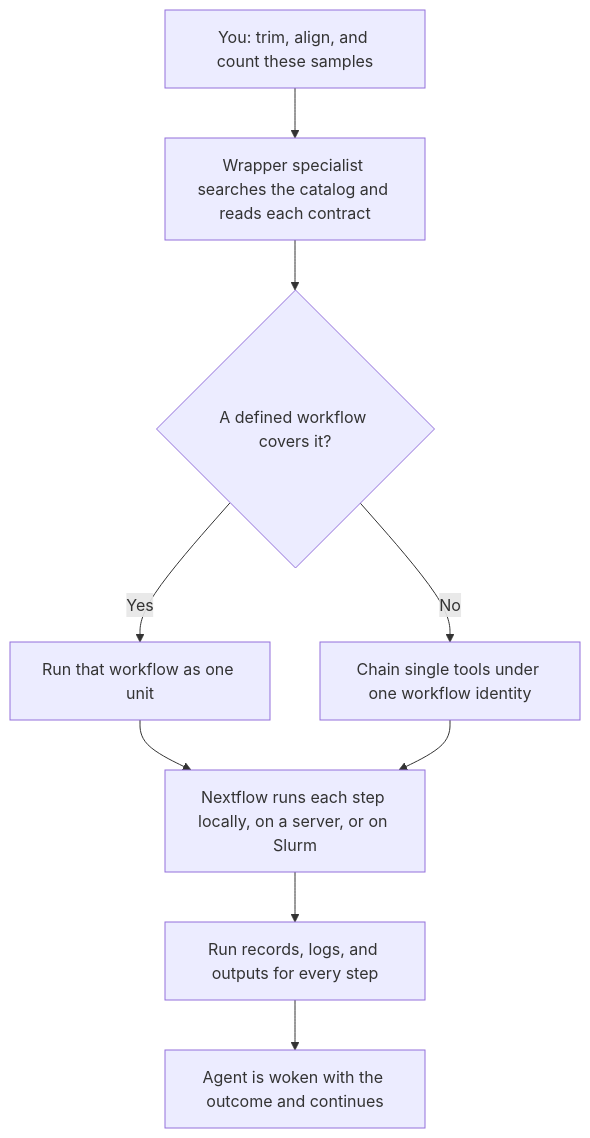
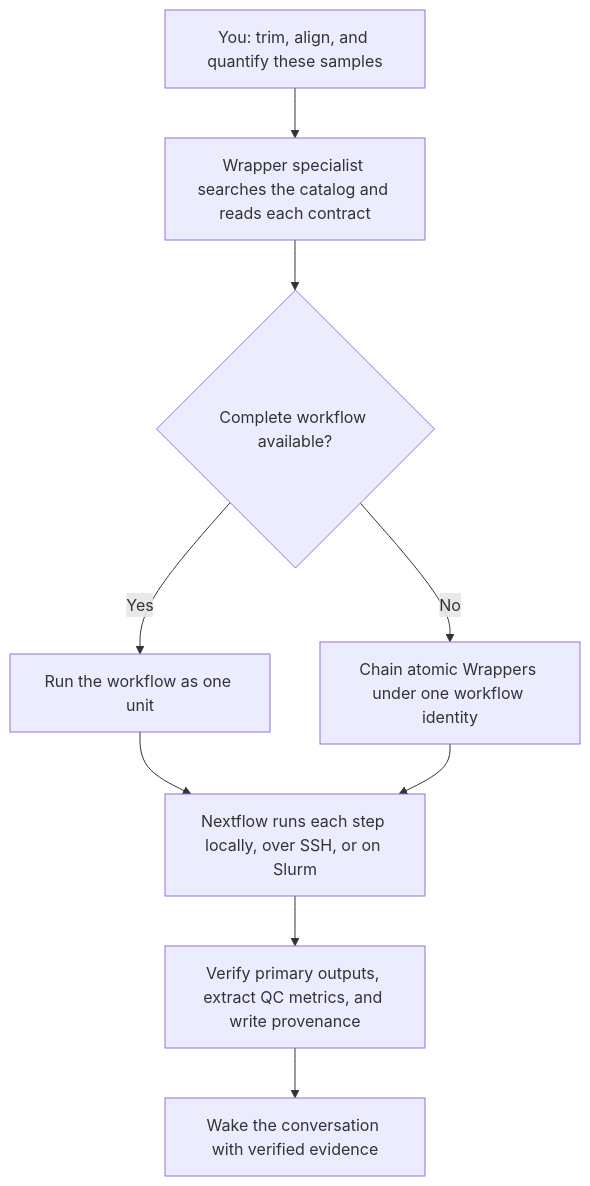
One commit to dxsbiocc/phi changed the diagram in README.md. Above: the diagram before and after it, drawn with Mermaid. The commit also changed other lines of this file and 3 other files, not shown here.

````diff
--- a/README.md
+++ b/README.md
@@ -45,11 +52,11 @@
 ```mermaid
 flowchart TD
-    A["You: trim, align, and count these samples"] --> B["Wrapper specialist searches the catalog and reads each contract"]
-    B --> C{"A defined workflow covers it?"}
-    C -- "Yes" --> D["Run that workflow as one unit"]
-    C -- "No" --> E["Chain single tools under one workflow identity"]
-    D --> F["Nextflow runs each step locally, on a server, or on Slurm"]
+    A["You: trim, align, and quantify these samples"] --> B["Wrapper specialist searches the catalog and reads each contract"]
+    B --> C{"Complete workflow available?"}
+    C -- "Yes" --> D["Run the workflow as one unit"]
+    C -- "No" --> E["Chain atomic Wrappers under one workflow identity"]
+    D --> F["Nextflow runs each step locally, over SSH, or on Slurm"]
     E --> F
-    F --> G["Run records, logs, and outputs for every step"]
-    G --> H["Agent is woken with the outcome and continues"]
+    F --> G["Verify primary outputs, extract QC metrics, and write provenance"]
+    G --> H["Wake the conversation with verified evidence"]
 ```
````
